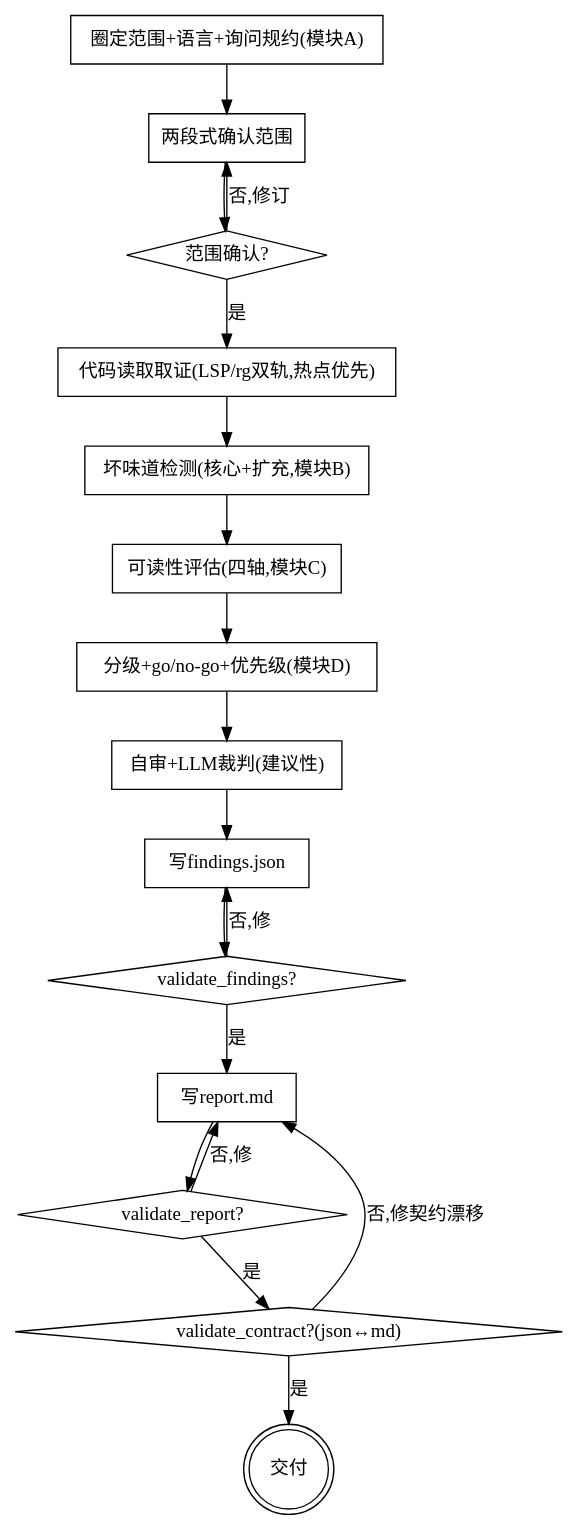
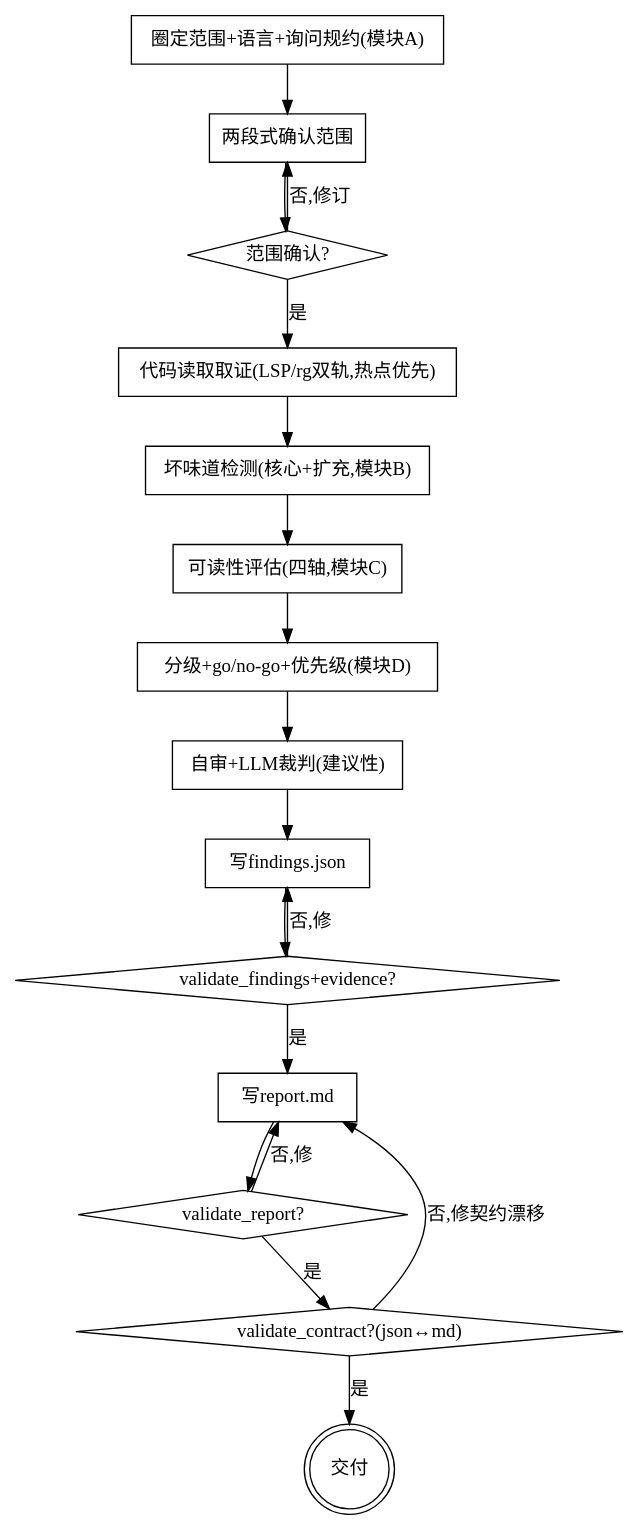
One commit to ironbob/DesignSKills changed the diagram in skills/arch-quality-eval/SKILL.md. Above: the diagram before and after it, drawn with Graphviz. The commit also changed other lines of this file and 13 other files, not shown here.

````diff
--- a/skills/arch-quality-eval/SKILL.md
+++ b/skills/arch-quality-eval/SKILL.md
@@ -73,37 +73,37 @@
 ```dot
 digraph archq {
   rankdir=TB;
   "圈定范围+语言+询问规约(模块A)" [shape=box];
   "两段式确认范围" [shape=box];
   "范围确认?" [shape=diamond];
   "代码读取取证(LSP/rg双轨,热点优先)" [shape=box];
   "坏味道检测(核心+扩充,模块B)" [shape=box];
   "可读性评估(四轴,模块C)" [shape=box];
   "分级+go/no-go+优先级(模块D)" [shape=box];
   "自审+LLM裁判(建议性)" [shape=box];
   "写findings.json" [shape=box];
-  "validate_findings?" [shape=diamond];
+  "validate_findings+evidence?" [shape=diamond];
   "写report.md" [shape=box];
   "validate_report?" [shape=diamond];
   "validate_contract?(json↔md)" [shape=diamond];
   "交付" [shape=doublecircle];
 
   "圈定范围+语言+询问规约(模块A)" -> "两段式确认范围";
   "两段式确认范围" -> "范围确认?";
   "范围确认?" -> "两段式确认范围" [label="否,修订"];
   "范围确认?" -> "代码读取取证(LSP/rg双轨,热点优先)" [label="是"];
   "代码读取取证(LSP/rg双轨,热点优先)" -> "坏味道检测(核心+扩充,模块B)";
   "坏味道检测(核心+扩充,模块B)" -> "可读性评估(四轴,模块C)";
   "可读性评估(四轴,模块C)" -> "分级+go/no-go+优先级(模块D)";
   "分级+go/no-go+优先级(模块D)" -> "自审+LLM裁判(建议性)";
   "自审+LLM裁判(建议性)" -> "写findings.json";
-  "写findings.json" -> "validate_findings?";
-  "validate_findings?" -> "写findings.json" [label="否,修"];
-  "validate_findings?" -> "写report.md" [label="是"];
+  "写findings.json" -> "validate_findings+evidence?";
+  "validate_findings+evidence?" -> "写findings.json" [label="否,修"];
+  "validate_findings+evidence?" -> "写report.md" [label="是"];
   "写report.md" -> "validate_report?";
   "validate_report?" -> "写report.md" [label="否,修"];
   "validate_report?" -> "validate_contract?(json↔md)" [label="是"];
   "validate_contract?(json↔md)" -> "写report.md" [label="否,修契约漂移"];
   "validate_contract?(json↔md)" -> "交付" [label="是"];
 }
 ```
````
